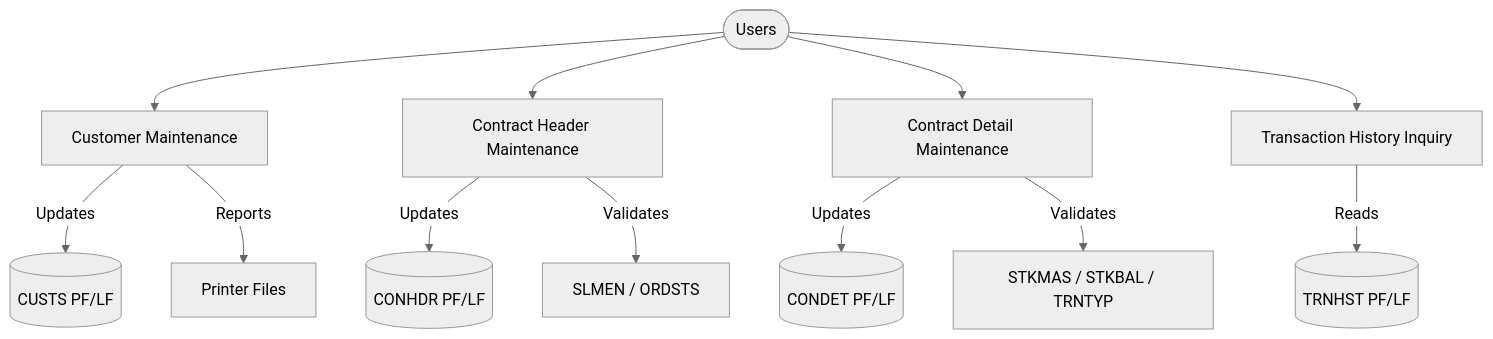
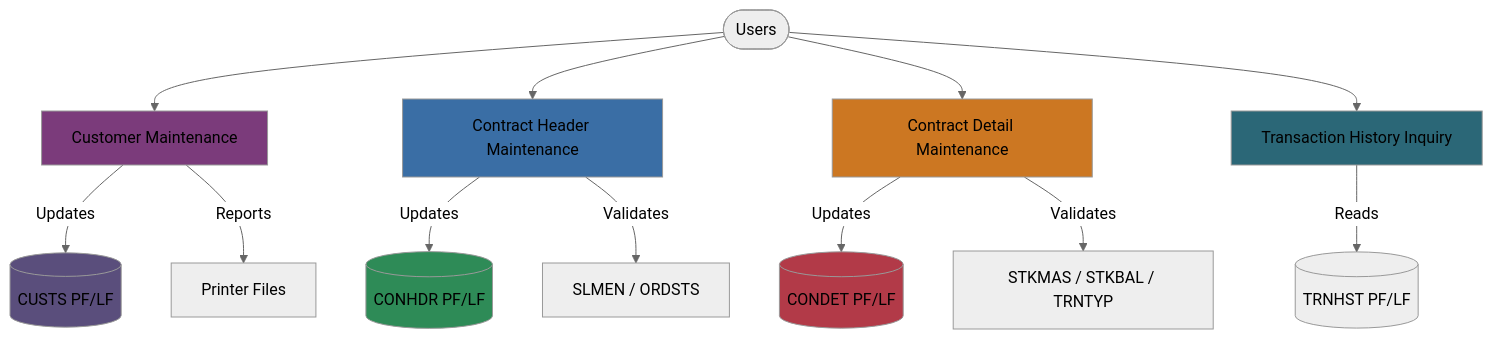
One commit to asynkron/CobolDemo-GITST changed the diagram in docs/03_process_model.md. Above: the diagram before and after it, drawn with Mermaid (neutral theme). The commit also changed 7 other files, not shown here.

Commit message:
Add accent fills to documentation mermaid diagrams

````diff
--- a/docs/03_process_model.md
+++ b/docs/03_process_model.md
@@ -4,14 +4,22 @@
 ```mermaid
 flowchart TD
   Start([Users]) --> M1[Customer Maintenance]
   Start --> M2[Contract Header Maintenance]
   Start --> M3[Contract Detail Maintenance]
   Start --> M4[Transaction History Inquiry]
   M1 -->|Updates| CUSTS[(CUSTS PF/LF)]
   M2 -->|Updates| CONHDR[(CONHDR PF/LF)]
   M3 -->|Updates| CONDET[(CONDET PF/LF)]
   M4 -->|Reads| TRNHST[(TRNHST PF/LF)]
   M2 -->|Validates| REF1[SLMEN / ORDSTS]
   M3 -->|Validates| REF2[STKMAS / STKBAL / TRNTYP]
   M1 -->|Reports| PRN1[Printer Files]
+  %% Color key maintenance flows and their primary data stores.
+  style M1 fill:#7B3B7B
+  style M2 fill:#3A6EA5
+  style M3 fill:#CC7722
+  style M4 fill:#2B6777
+  style CUSTS fill:#5A4E7C
+  style CONHDR fill:#2E8B57
+  style CONDET fill:#B23A48
 ```
````
